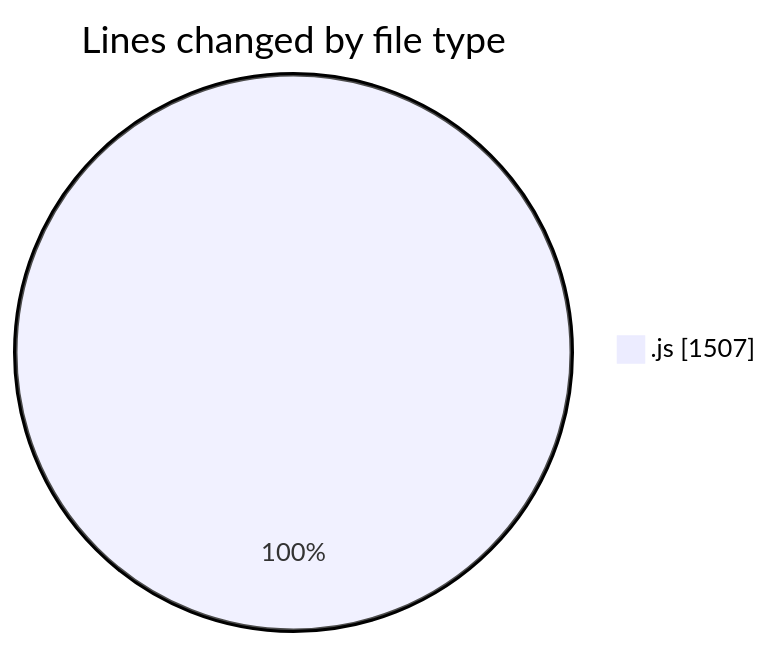
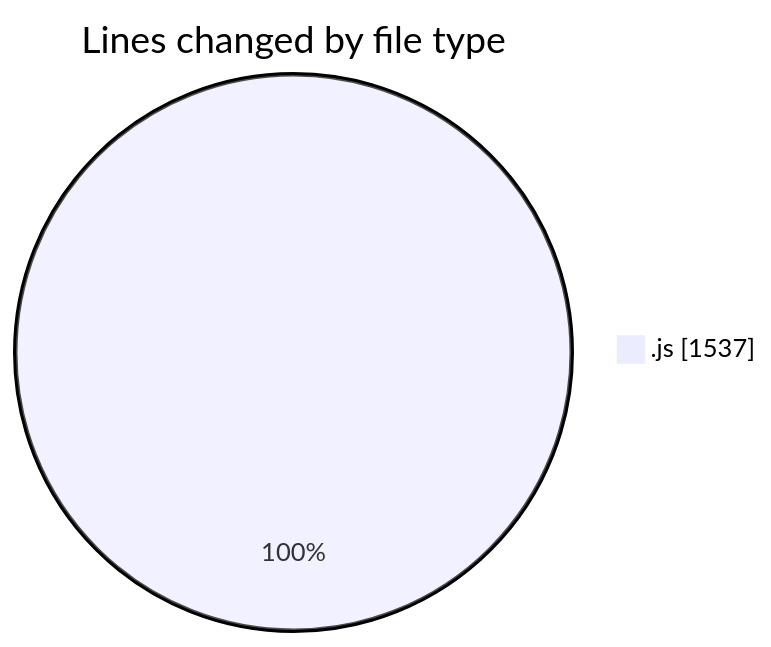
One commit to Ritupan-Deka/code-tracking changed the first of 2 diagrams in 2025-08-01/javascript/README.md. Above: the diagram before and after it, drawn with Mermaid. The commit also changed other lines of this file and 1 other file, not shown here.

````diff
--- a/2025-08-01/javascript/README.md
+++ b/2025-08-01/javascript/README.md
@@ -20,5 +21,5 @@
 ```mermaid
 pie showData
 title Lines changed by file type
-".js" : 1507
+".js" : 1537
 ```
````
